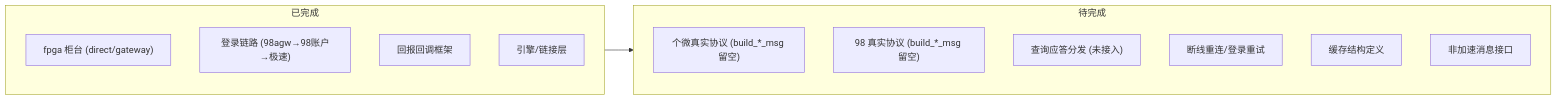
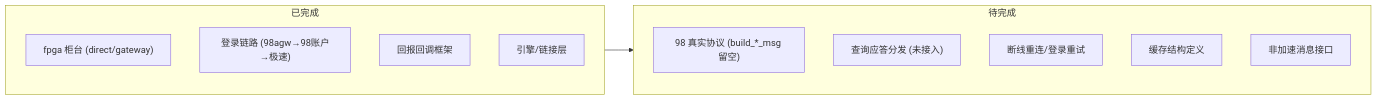
Before and after one commit to lishengze/server_9: diagram 11 of 11 in trunk/NewAPI/gone/api/doc/架构.md, drawn with Mermaid. The commit also changed other lines of this file and 7 other files, not shown here.

````diff
--- a/trunk/NewAPI/gone/api/doc/架构.md
+++ b/trunk/NewAPI/gone/api/doc/架构.md
@@ -388,18 +388,17 @@
 ```mermaid
 flowchart LR
     subgraph Done["已完成"]
         F["fpga 柜台 (direct/gateway)"]
         L["登录链路 (98agw→98账户→极速)"]
         R["回报回调框架"]
         E["引擎/链接层"]
     end
     subgraph Todo["待完成"]
-        G["个微真实协议 (build_*_msg 留空)"]
         C["98 真实协议 (build_*_msg 留空)"]
         Q["查询应答分发 (未接入)"]
         RE["断线重连/登录重试"]
         CA["缓存结构定义"]
         NF["非加速消息接口"]
     end
     Done --> Todo
 ```
````
